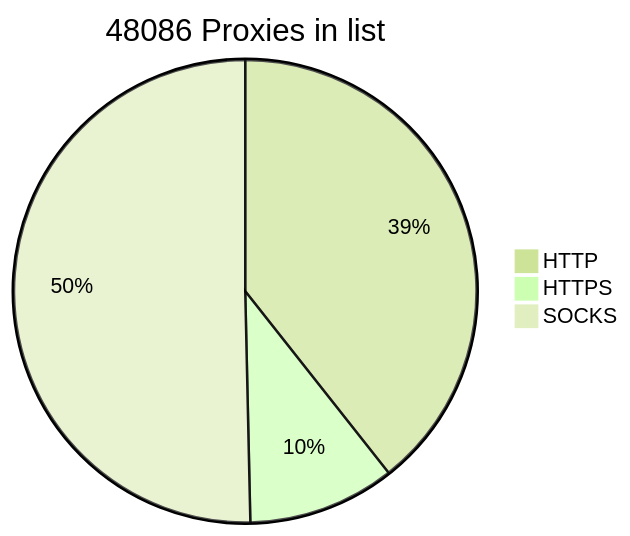
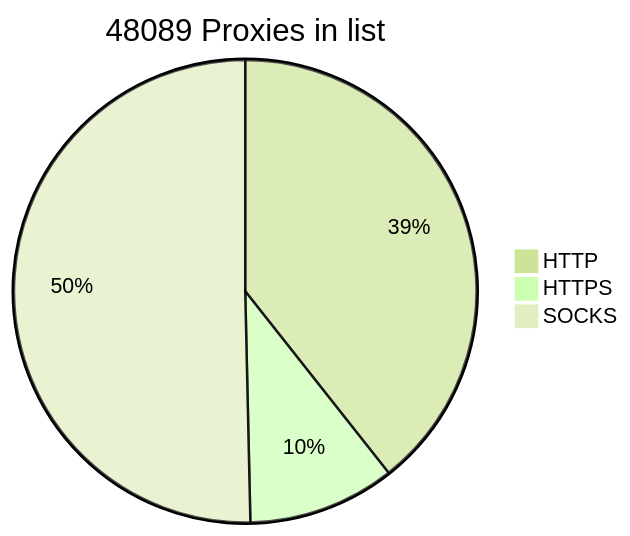
Before and after one commit to BlackSnowDot/proxylist-update-every-minute: the diagram in README.md, drawn with Mermaid (forest theme).

````diff
--- a/README.md
+++ b/README.md
@@ -2,6 +2,6 @@
 ```mermaid
-pie title 48086 Proxies in list
+pie title 48089 Proxies in list
     "HTTP" : 20813
     "HTTPS": 5440
-    "SOCKS" : 26626
+    "SOCKS" : 26629
 ```
````
